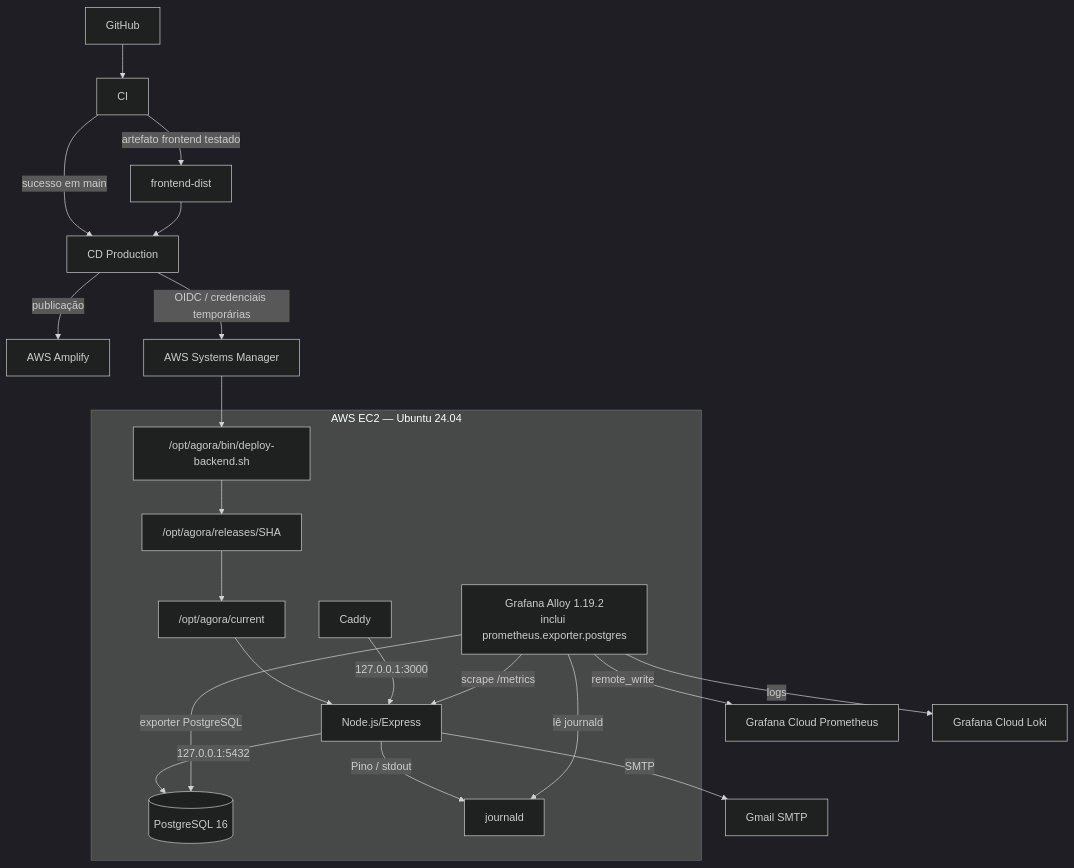
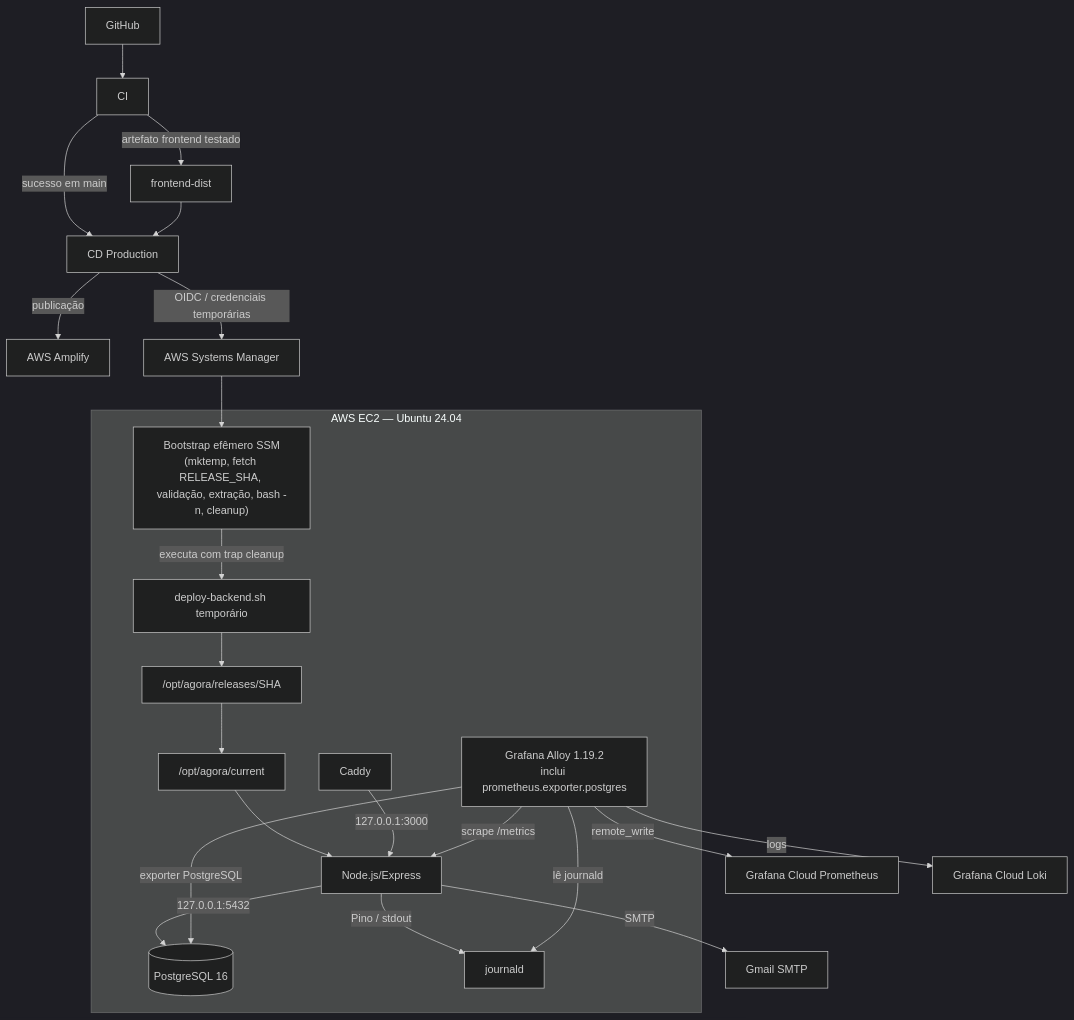
One commit to GeovaniaLuiza/agora-tech-park-fullstack changed the third of 3 diagrams in docs/ARCHITECTURE.md. Above: the diagram before and after it, drawn with Mermaid (dark theme). The commit also changed other lines of this file and 7 other files, not shown here.

Commit message:
fix: bind production deploy runtime to approved release

````diff
--- a/docs/ARCHITECTURE.md
+++ b/docs/ARCHITECTURE.md
@@ -46,33 +46,35 @@
 ```mermaid
 flowchart TB
     GH[GitHub] --> CI[CI]
     CI -->|sucesso em main| CD[CD Production]
     CI -->|artefato frontend testado| ART[frontend-dist]
     ART --> CD
     CD -->|publicação| AMP[AWS Amplify]
     CD -->|OIDC / credenciais temporárias| SSM[AWS Systems Manager]
 
     subgraph EC2[AWS EC2 — Ubuntu 24.04]
-        DEPLOY["/opt/agora/bin/deploy-backend.sh"]
+        BOOTSTRAP["Bootstrap efêmero SSM<br/>(mktemp, fetch RELEASE_SHA, validação, extração, bash -n, cleanup)"]
+        RUNTIME["deploy-backend.sh temporário"]
         RELEASES["/opt/agora/releases/SHA"]
         CURRENT["/opt/agora/current"]
         CADDY[Caddy]
         API[Node.js/Express]
         DB[(PostgreSQL 16)]
         JOURNAL[journald]
         ALLOY[Grafana Alloy 1.19.2<br/>inclui prometheus.exporter.postgres]
 
-        DEPLOY --> RELEASES --> CURRENT --> API
+        BOOTSTRAP -->|executa com trap cleanup| RUNTIME
+        RUNTIME --> RELEASES --> CURRENT --> API
         CADDY -->|127.0.0.1:3000| API
         API -->|127.0.0.1:5432| DB
         ALLOY -->|scrape /metrics| API
         API -->|Pino / stdout| JOURNAL
         ALLOY -->|lê journald| JOURNAL
         ALLOY -->|exporter PostgreSQL| DB
     end
 
-    SSM --> DEPLOY
+    SSM --> BOOTSTRAP
     API -->|SMTP| GMAIL[Gmail SMTP]
     ALLOY -->|remote_write| PROM[Grafana Cloud Prometheus]
     ALLOY -->|logs| LOKI[Grafana Cloud Loki]
 ```
````
